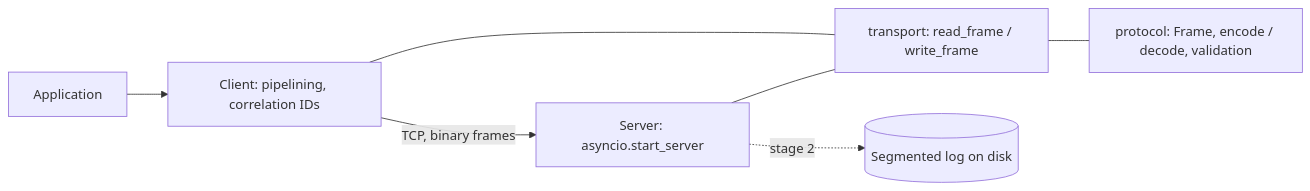
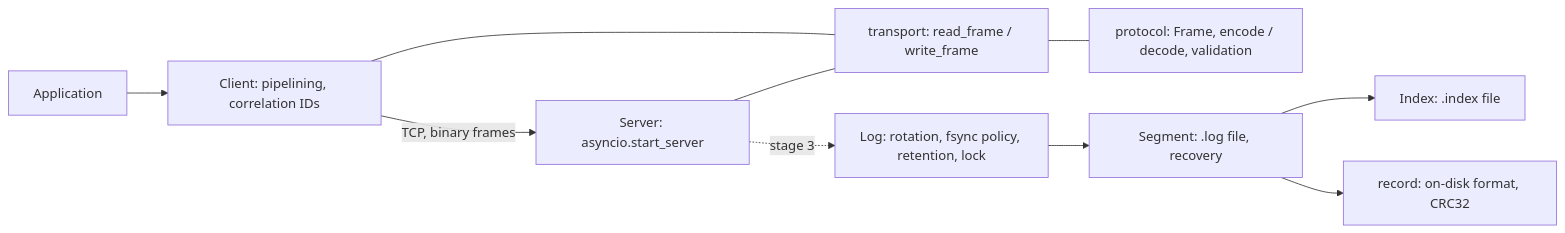
Before and after one commit to EvilTheron/pyqueue: the first of 4 diagrams in README.md, drawn with Mermaid. The commit also changed other lines of this file and 4 other files, not shown here.

````diff
--- a/README.md
+++ b/README.md
@@ -33,9 +48,12 @@
 ```mermaid
 flowchart LR
     App["Application"] --> Client["Client: pipelining, correlation IDs"]
     Client -->|"TCP, binary frames"| Server["Server: asyncio.start_server"]
     Client --- Transport["transport: read_frame / write_frame"]
     Server --- Transport
     Transport --- Protocol["protocol: Frame, encode / decode, validation"]
-    Server -.->|"stage 2"| Log[("Segmented log on disk")]
+    Server -.->|"stage 3"| Log["Log: rotation, fsync policy, retention, lock"]
+    Log --> Segment["Segment: .log file, recovery"]
+    Segment --> Index["Index: .index file"]
+    Segment --> Record["record: on-disk format, CRC32"]
 ```
````
